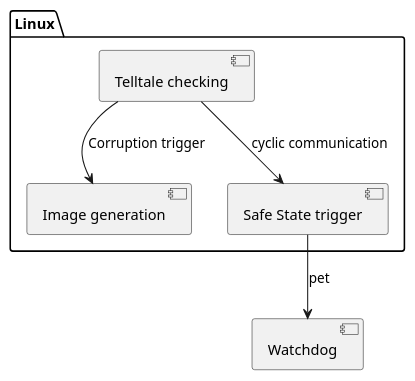
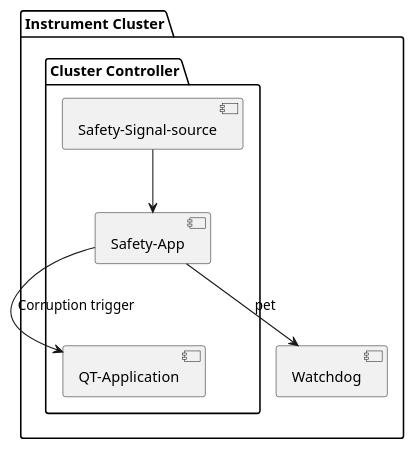
One commit to elisa-tech/wg-automotive changed the diagram in AGL_cluster_demo_use_case/Item Defintion/Block_diagram_demo.puml. Above: the diagram before and after it, drawn with PlantUML. The commit also changed other lines of this file and 4 other files, not shown here.

```diff
--- a/AGL_cluster_demo_use_case/Item Defintion/Block_diagram_demo.puml
+++ b/AGL_cluster_demo_use_case/Item Defintion/Block_diagram_demo.puml
@@ -2,12 +2,16 @@
 @startuml
-package "Linux" {
-[Image generation]
-[Telltale checking]
-[Safe State trigger]
+package "Instrument Cluster" {
+[Watchdog]
+package "Cluster Controller" {
+[QT-Application]
+[Safety-Signal-source]
+[Safety-App]
 }
-[Watchdog]
+}
 
-[Telltale checking] --> [Safe State trigger] : cyclic communication
-[Telltale checking] --> [Image generation] : Corruption trigger
-[Safe State trigger] --> [Watchdog] : pet
+[Safety-Signal-source] --> [Safety-App]
+
+[Safety-App] --> [Watchdog] : pet
+
+[Safety-App] --> [QT-Application] : Corruption trigger
 @enduml
```
